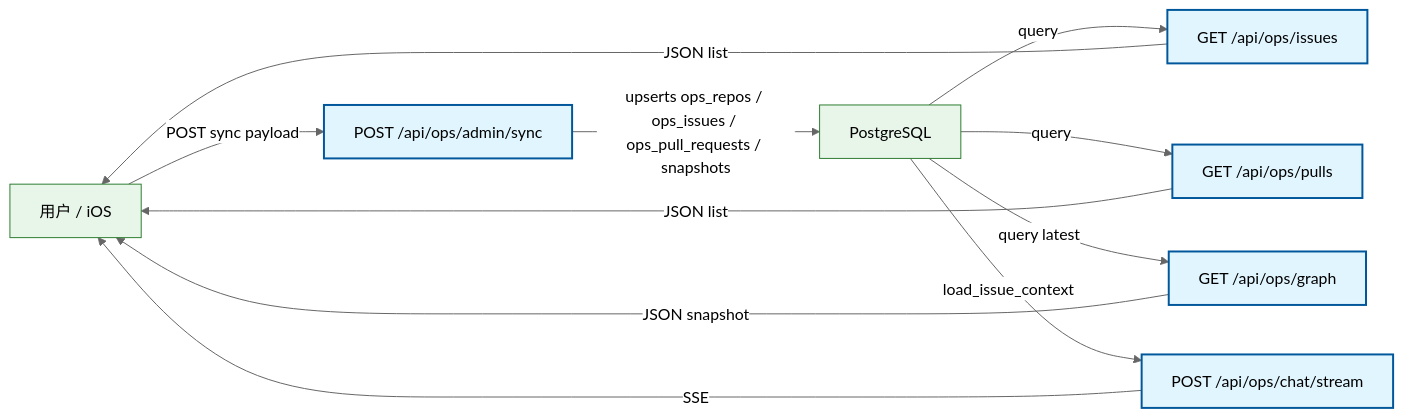
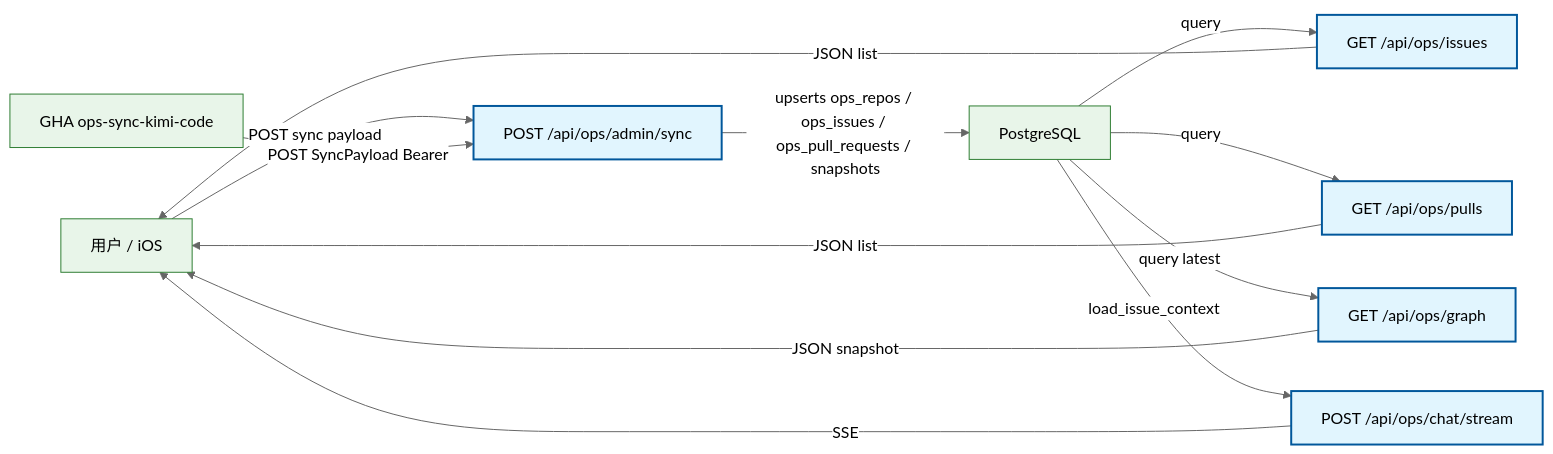
Before and after one commit to Cyning12/ops-desk-api: the diagram in docs/_tech_graph/l1/11_flow_sync_to_chat.md, drawn with Mermaid (neutral theme). The commit also changed other lines of this file and 24 other files, not shown here.

First line of the commit message:
feat(admin): 将 kimi-code sync sender 迁入本仓并走 Bearer POST

````diff
--- a/docs/_tech_graph/l1/11_flow_sync_to_chat.md
+++ b/docs/_tech_graph/l1/11_flow_sync_to_chat.md
@@ -14,33 +14,37 @@
 ```mermaid
 flowchart LR
     client["用户 / iOS"]
+    gha_sender["GHA ops-sync-kimi-code"]
     admin_sync["POST /api/ops/admin/sync"]
     issues_endpoint["GET /api/ops/issues"]
     pulls_endpoint["GET /api/ops/pulls"]
     graph_endpoint["GET /api/ops/graph"]
     chat_stream["POST /api/ops/chat/stream"]
     db["PostgreSQL"]
 
     client -->|"POST sync payload"| admin_sync
     %% → app/ops/admin/sync.py#L28
+    gha_sender -->|"POST SyncPayload Bearer"| admin_sync
+    %% → app/ops/admin/sender/post.py#L12
+    %% → .github/workflows/ops_sync_kimi_code.yml#L1
     admin_sync -->|"upserts ops_repos / ops_issues / ops_pull_requests / snapshots"| db
     %% → app/ops/admin/service.py#L46
     db -->|"query"| issues_endpoint
     %% → app/ops/issues.py#L40
     db -->|"query"| pulls_endpoint
     %% → app/ops/pulls.py#L38
     db -->|"query latest"| graph_endpoint
     %% → app/ops/graph.py#L21
     db -->|"load_issue_context"| chat_stream
     %% → app/ops/chat/nodes.py#L99
     issues_endpoint -->|"JSON list"| client
     pulls_endpoint -->|"JSON list"| client
     graph_endpoint -->|"JSON snapshot"| client
     chat_stream -->|"SSE"| client
 
     classDef phase fill:#e1f5fe,stroke:#01579b,stroke-width:2px
     classDef doc fill:#fff8e1,stroke:#ff6f00,stroke-width:1px
     classDef infra fill:#e8f5e9,stroke:#2e7d32,stroke-width:1px
     class admin_sync,issues_endpoint,pulls_endpoint,graph_endpoint,chat_stream phase
-    class client,db infra
+    class client,gha_sender,db infra
 ```
````
